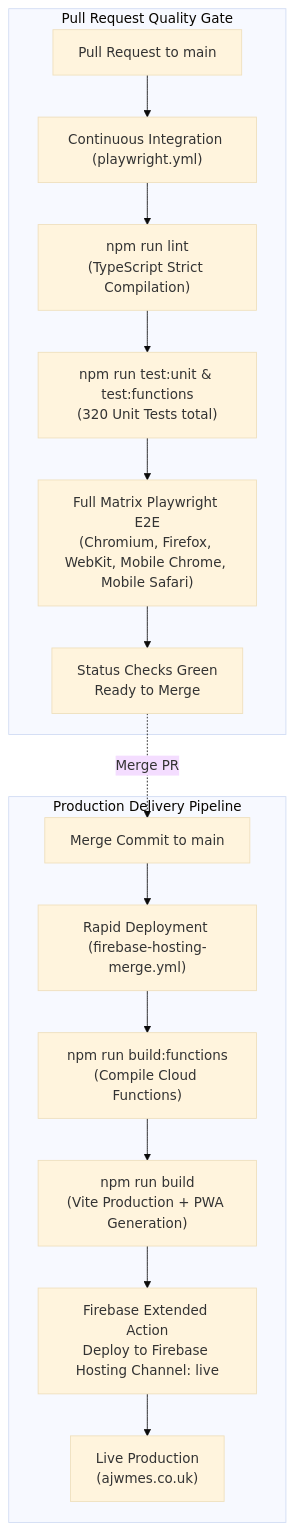
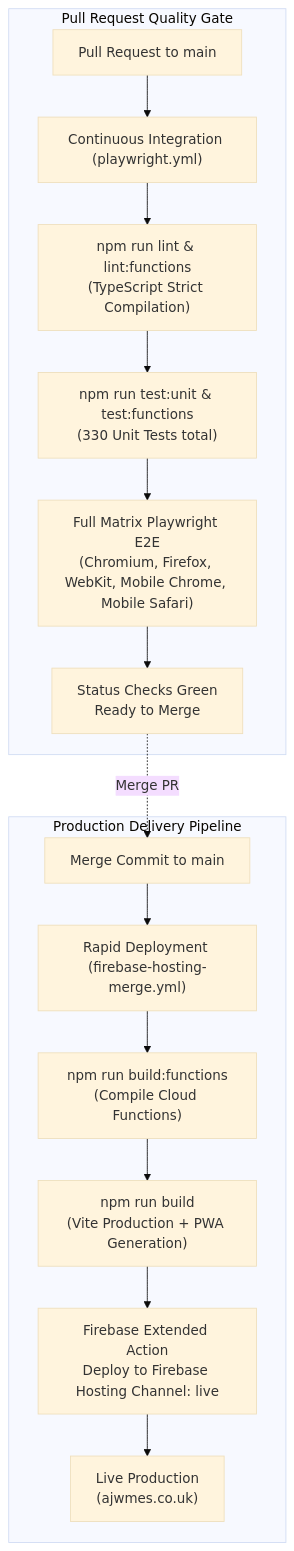
The seventh of 7 diagrams in DESIGN.md (AnthonyWrather/ajwmes), drawn with Mermaid (base theme) before and after one commit. The commit also changed other lines of this file and 10 other files, not shown here.

````diff
--- a/DESIGN.md
+++ b/DESIGN.md
@@ -606,20 +606,20 @@
 ```mermaid
 flowchart TD
     subgraph PRTrigger["Pull Request Quality Gate"]
         PR["Pull Request to main"] --> CI["Continuous Integration (playwright.yml)"]
-        CI --> Lint["npm run lint\n(TypeScript Strict Compilation)"]
-        Lint --> Unit["npm run test:unit & test:functions\n(320 Unit Tests total)"]
+        CI --> Lint["npm run lint & lint:functions\n(TypeScript Strict Compilation)"]
+        Lint --> Unit["npm run test:unit & test:functions\n(330 Unit Tests total)"]
         Unit --> E2E["Full Matrix Playwright E2E\n(Chromium, Firefox, WebKit, Mobile Chrome, Mobile Safari)"]
         E2E --> GatePass["Status Checks Green\nReady to Merge"]
     end
 
     subgraph CDTrigger["Production Delivery Pipeline"]
         PushMain["Merge Commit to main"] --> CD["Rapid Deployment (firebase-hosting-merge.yml)"]
         CD --> FunctionsBuild["npm run build:functions\n(Compile Cloud Functions)"]
         FunctionsBuild --> Build["npm run build\n(Vite Production + PWA Generation)"]
         Build --> Deploy["Firebase Extended Action\nDeploy to Firebase Hosting Channel: live"]
         Deploy --> LiveProd["Live Production\n(ajwmes.co.uk)"]
     end
 
     GatePass -.->|"Merge PR"| PushMain
 ```
````
